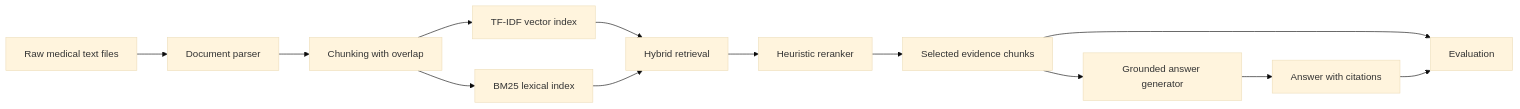
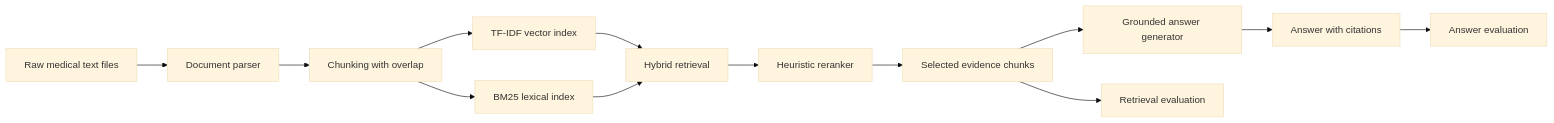
One commit to Ivy-Cheng/med-rag-demo changed the diagram in README.md. Above: the diagram before and after it, drawn with Mermaid (base theme).

Commit message:
modification about the architecture

````diff
--- a/README.md
+++ b/README.md
@@ -22,15 +22,15 @@
 ```mermaid
 flowchart LR
     RawDocs["Raw medical text files"] --> Parser["Document parser"]
     Parser --> Chunker["Chunking with overlap"]
     Chunker --> VectorIndex["TF-IDF vector index"]
     Chunker --> BM25Index["BM25 lexical index"]
     VectorIndex --> Hybrid["Hybrid retrieval"]
     BM25Index --> Hybrid
     Hybrid --> Reranker["Heuristic reranker"]
     Reranker --> Context["Selected evidence chunks"]
     Context --> Generator["Grounded answer generator"]
     Generator --> Answer["Answer with citations"]
-    Context --> Eval["Evaluation"]
-    Answer --> Eval
+    Context --> Eval1["Retrieval evaluation"]
+    Answer --> Eval2["Answer evaluation"]
 ```
````
